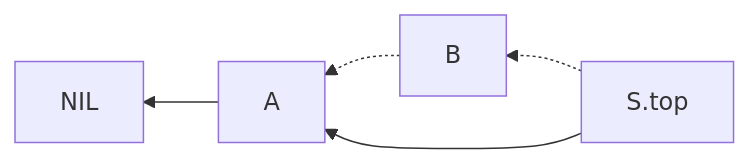
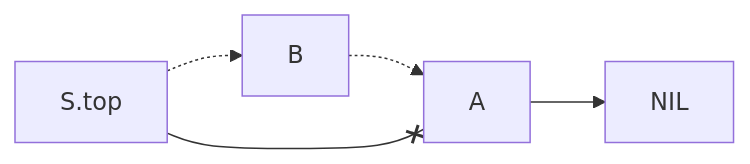
The fifth of 15 diagrams in Computer science/Data structures/Stack.md (Eurydia/notes-singularity), drawn with Mermaid before and after one commit. The commit also changed other lines of this file and 4 other files, not shown here.

````diff
--- a/Computer science/Data structures/Stack.md
+++ b/Computer science/Data structures/Stack.md
@@ -37,6 +41,5 @@
 	```mermaid
-	flowchart RL
-		B-.->A
-		S.top-.->B
-		S.top-->A-->NIL
+	flowchart LR
+		S.top-.->B-.->A
+		S.top--xA-->NIL
 	```
````
